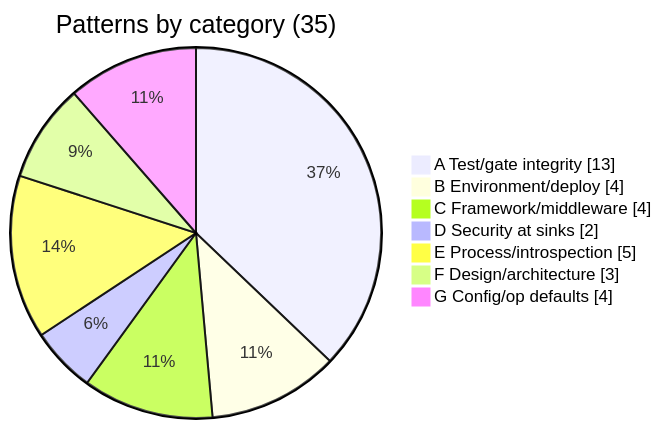
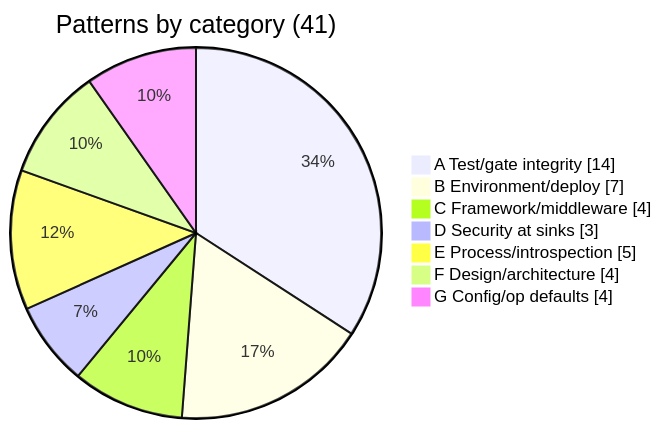
The second of 2 diagrams in docs/strategy/ENGINEERING_LESSONS_AND_PATTERNS.md (pranems/SCIMServer), drawn with Mermaid before and after one commit. The commit also changed other lines of this file and 13 other files, not shown here.

````diff
--- a/docs/strategy/ENGINEERING_LESSONS_AND_PATTERNS.md
+++ b/docs/strategy/ENGINEERING_LESSONS_AND_PATTERNS.md
@@ -162,11 +179,11 @@
 ```mermaid
 pie showData
-    title Patterns by category (35)
-    "A Test/gate integrity" : 13
-    "B Environment/deploy" : 4
+    title Patterns by category (41)
+    "A Test/gate integrity" : 14
+    "B Environment/deploy" : 7
     "C Framework/middleware" : 4
-    "D Security at sinks" : 2
+    "D Security at sinks" : 3
     "E Process/introspection" : 5
-    "F Design/architecture" : 3
+    "F Design/architecture" : 4
     "G Config/op defaults" : 4
 ```
````
